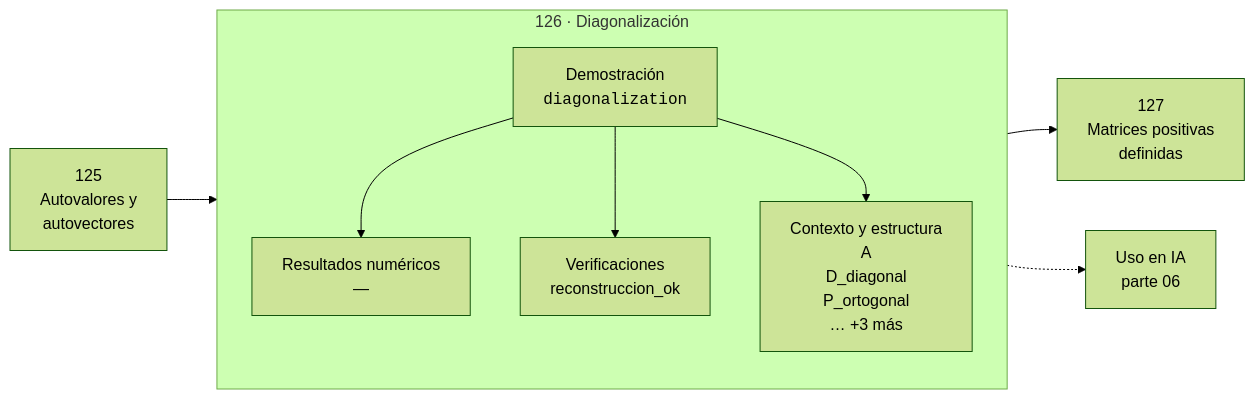
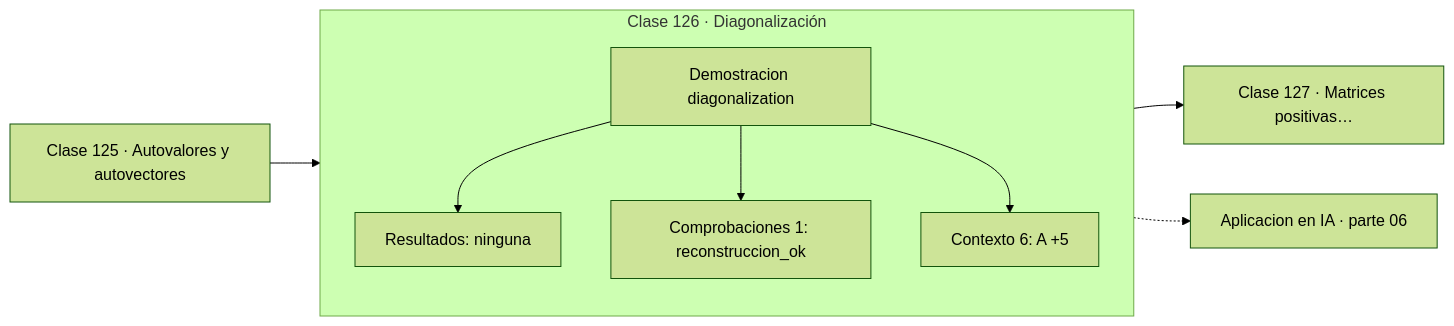
Before and after one commit to vladimiracunadev-create/computational-mathematics-program: the diagram in classes/part-06-algebra-lineal-ii-descomposiciones-y-tensores/126-diagonalizacion/README.md, drawn with Mermaid (forest theme). The commit also changed 389 other files, not shown here.

First line of the commit message:
fix(diagramas): elimina el HTML de las etiquetas Mermaid

````diff
--- a/classes/part-06-algebra-lineal-ii-descomposiciones-y-tensores/126-diagonalizacion/README.md
+++ b/classes/part-06-algebra-lineal-ii-descomposiciones-y-tensores/126-diagonalizacion/README.md
@@ -30,12 +30,13 @@
 ```mermaid
 flowchart LR
-    P["125<br/>Autovalores y<br/>autovectores"] --> C
-    subgraph C["126 · Diagonalización"]
+    P["Clase 125 · Autovalores y autovectores"] --> D
+    subgraph CLASE["Clase 126 · Diagonalización"]
         direction TB
-        D["Demostración<br/><code>diagonalization</code>"] --> R["Resultados numéricos<br/>—"]
-        D --> V["Verificaciones<br/>reconstruccion_ok"]
-        D --> O["Contexto y estructura<br/>A<br/>D_diagonal<br/>P_ortogonal<br/>… +3 más"]
+        D["Demostracion diagonalization"]
+        D --> R["Resultados: ninguna"]
+        D --> V["Comprobaciones 1: reconstruccion_ok"]
+        D --> O["Contexto 6: A +5"]
     end
-    C --> N["127<br/>Matrices positivas<br/>definidas"]
-    C -.-> IA["Uso en IA<br/>parte 06"]
+    R --> N["Clase 127 · Matrices positivas…"]
+    V -.-> IA["Aplicacion en IA · parte 06"]
 ```
````
